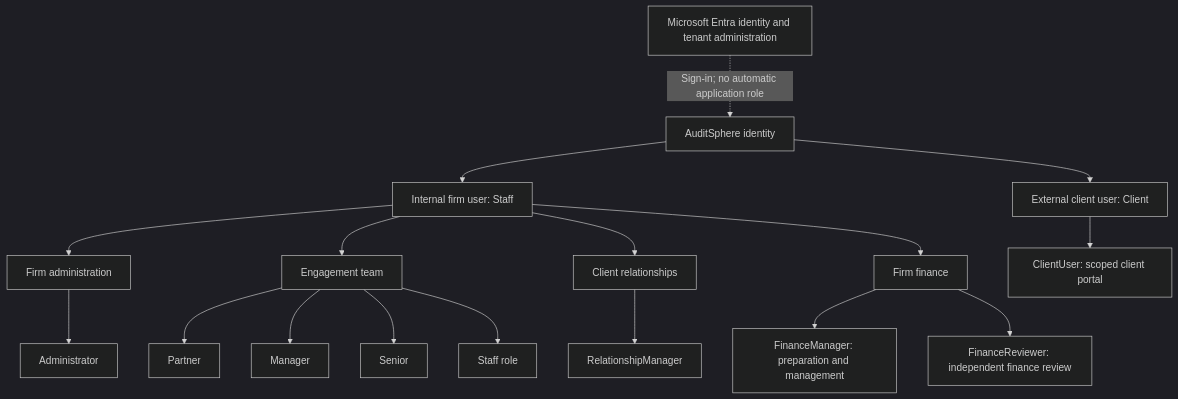
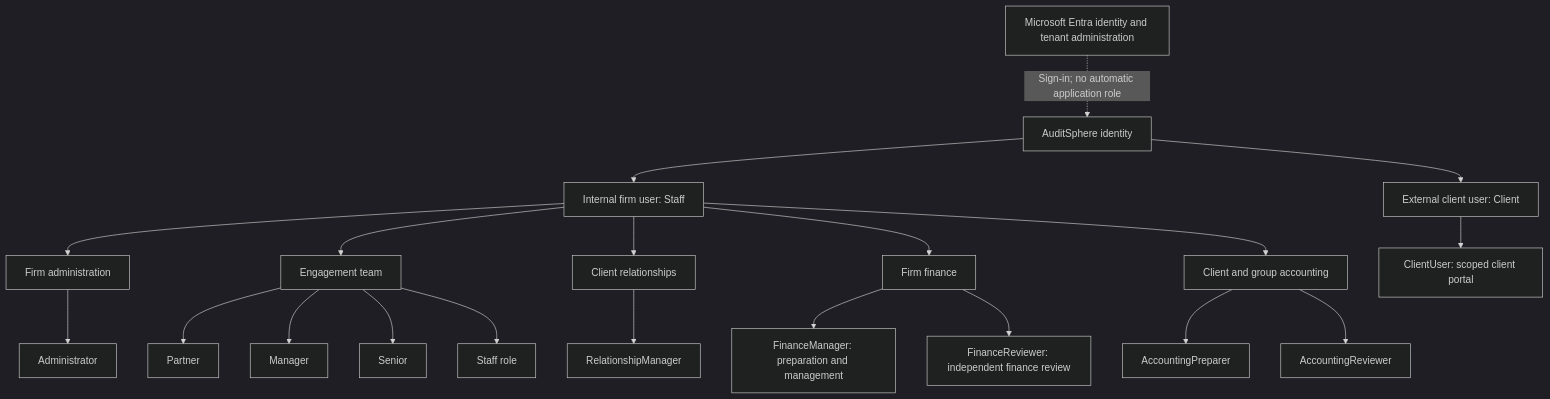
Before and after one commit to nirzaf/AuditSphere: the first of 2 diagrams in docs/architecture/auditsphere-architecture-user-roles-and-privileges-current.md, drawn with Mermaid (dark theme). The commit also changed other lines of this file and 24 other files, not shown here.

Commit message:
feat(security): add explicit ledger and group oversight reads and accounting roles

````diff
--- a/docs/architecture/auditsphere-architecture-user-roles-and-privileges-current.md
+++ b/docs/architecture/auditsphere-architecture-user-roles-and-privileges-current.md
@@ -26,19 +26,22 @@
 ```mermaid
 flowchart TB
     ENTRA["Microsoft Entra identity and tenant administration"] -.->|"Sign-in; no automatic application role"| AS["AuditSphere identity"]
     AS --> INTERNAL["Internal firm user: Staff"]
     AS --> EXTERNAL["External client user: Client"]
     INTERNAL --> ADMIN["Firm administration"]
     ADMIN --> A["Administrator"]
     INTERNAL --> TEAM["Engagement team"]
     TEAM --> P["Partner"]
     TEAM --> M["Manager"]
     TEAM --> S["Senior"]
     TEAM --> ST["Staff role"]
     INTERNAL --> COMMERCIAL["Client relationships"]
     COMMERCIAL --> RM["RelationshipManager"]
     INTERNAL --> FINANCE["Firm finance"]
     FINANCE --> FM["FinanceManager: preparation and management"]
     FINANCE --> FR["FinanceReviewer: independent finance review"]
+    INTERNAL --> CLIENTBOOKS["Client and group accounting"]
+    CLIENTBOOKS --> AP["AccountingPreparer"]
+    CLIENTBOOKS --> AR["AccountingReviewer"]
     EXTERNAL --> CU["ClientUser: scoped client portal"]
 ```
````
